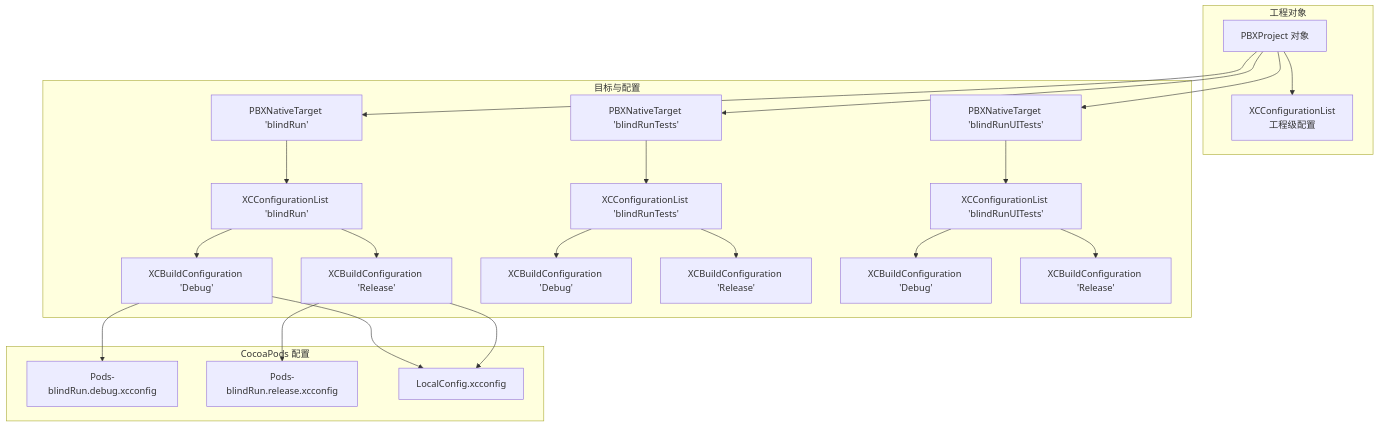
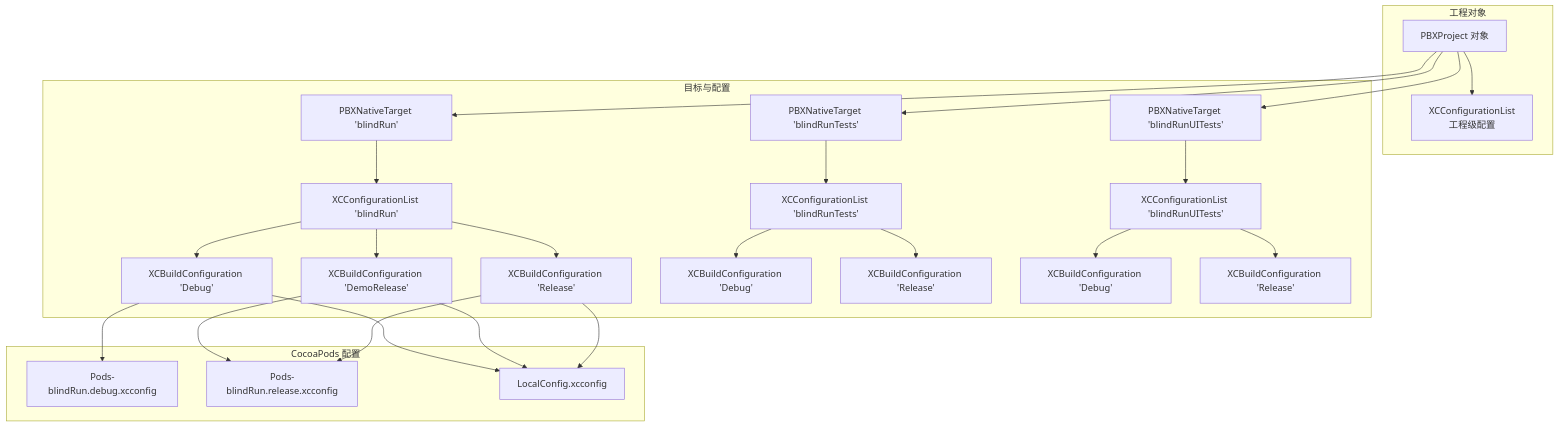
One commit to Jayden23018/blind-run-ios changed the second of 5 diagrams in .qoder/repowiki/zh/content/配置与部署/构建配置.md. Above: the diagram before and after it, drawn with Mermaid. The commit also changed other lines of this file and 20 other files, not shown here.

````diff
--- a/.qoder/repowiki/zh/content/配置与部署/构建配置.md
+++ b/.qoder/repowiki/zh/content/配置与部署/构建配置.md
@@ -102,43 +106,47 @@
 ```mermaid
 graph TB
 subgraph "工程对象"
 proj_obj["PBXProject 对象"]
 cfg_list_proj["XCConfigurationList<br/>工程级配置"]
 end
 subgraph "目标与配置"
 tgt_app["PBXNativeTarget 'blindRun'"]
 tgt_tests["PBXNativeTarget 'blindRunTests'"]
 tgt_uitests["PBXNativeTarget 'blindRunUITests'"]
 cfg_list_app["XCConfigurationList 'blindRun'"]
 cfg_list_tests["XCConfigurationList 'blindRunTests'"]
 cfg_list_uitests["XCConfigurationList 'blindRunUITests'"]
 cfg_debug_app["XCBuildConfiguration 'Debug'"]
+cfg_demorelease_app["XCBuildConfiguration 'DemoRelease'"]
 cfg_release_app["XCBuildConfiguration 'Release'"]
 cfg_debug_tests["XCBuildConfiguration 'Debug'"]
 cfg_release_tests["XCBuildConfiguration 'Release'"]
 cfg_debug_uitests["XCBuildConfiguration 'Debug'"]
 cfg_release_uitests["XCBuildConfiguration 'Release'"]
 end
 subgraph "CocoaPods 配置"
 pods_cfg_debug["Pods-blindRun.debug.xcconfig"]
 pods_cfg_release["Pods-blindRun.release.xcconfig"]
 local_cfg["LocalConfig.xcconfig"]
 end
 proj_obj --> cfg_list_proj
 proj_obj --> tgt_app
 proj_obj --> tgt_tests
 proj_obj --> tgt_uitests
 tgt_app --> cfg_list_app
 tgt_tests --> cfg_list_tests
 tgt_uitests --> cfg_list_uitests
 cfg_list_app --> cfg_debug_app
+cfg_list_app --> cfg_demorelease_app
 cfg_list_app --> cfg_release_app
 cfg_list_tests --> cfg_debug_tests
 cfg_list_tests --> cfg_release_tests
 cfg_list_uitests --> cfg_debug_uitests
 cfg_list_uitests --> cfg_release_uitests
 cfg_debug_app --> pods_cfg_debug
 cfg_debug_app --> local_cfg
+cfg_demorelease_app --> pods_cfg_release
+cfg_demorelease_app --> local_cfg
 cfg_release_app --> pods_cfg_release
 cfg_release_app --> local_cfg
 ```
````
